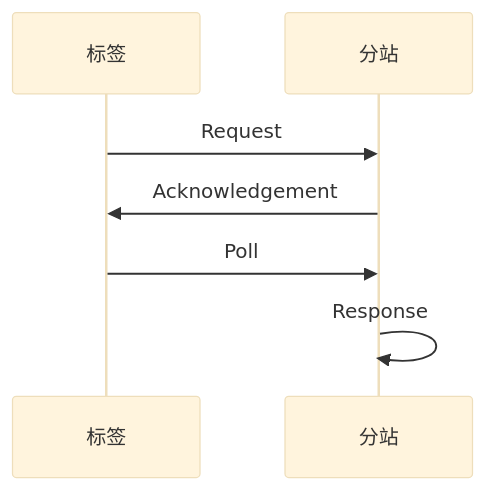
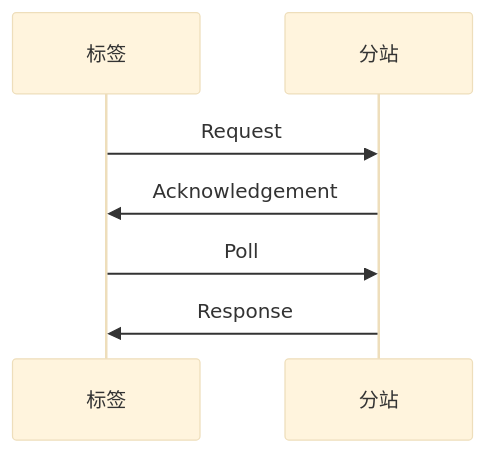
The diagram in all/未命名.md (geek-zhao/iodraw-files), drawn with Mermaid (base theme) before and after one commit.

Commit message:
2024-08-17 13:55:45 update

````diff
--- a/all/未命名.md
+++ b/all/未命名.md
@@ -1,8 +1,8 @@
 ```mermaid
 sequenceDiagram
     标签->>分站: Request
     分站->>标签: Acknowledgement
     标签->>分站: Poll
-    分站->>分站:  Response
+    分站->>标签: Response
             
 ```
````
